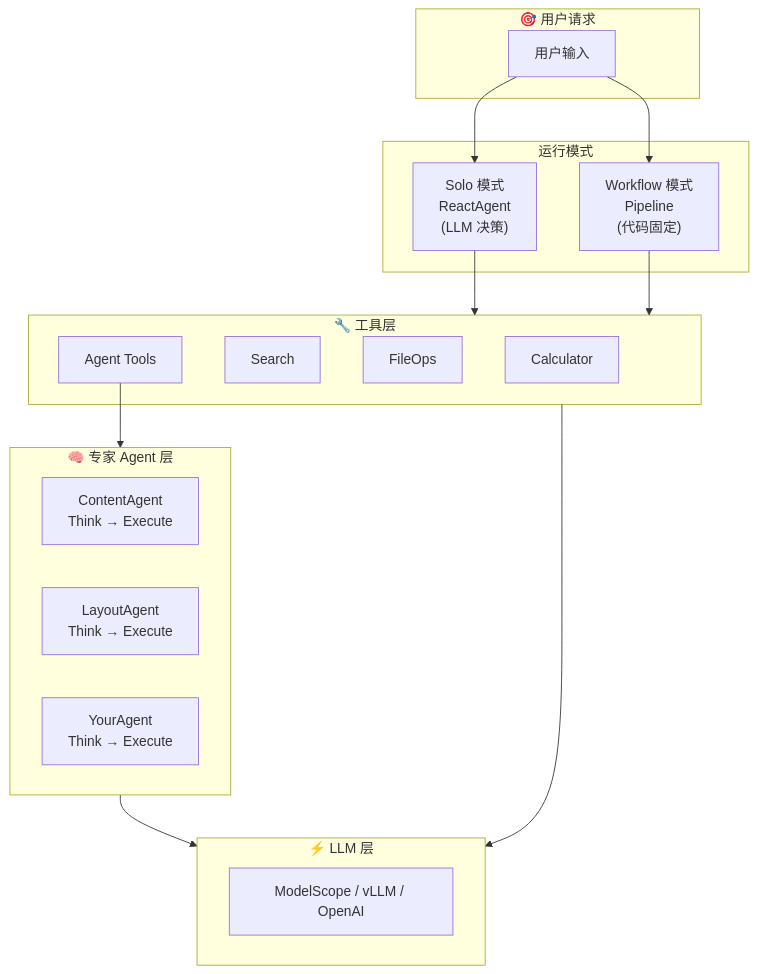
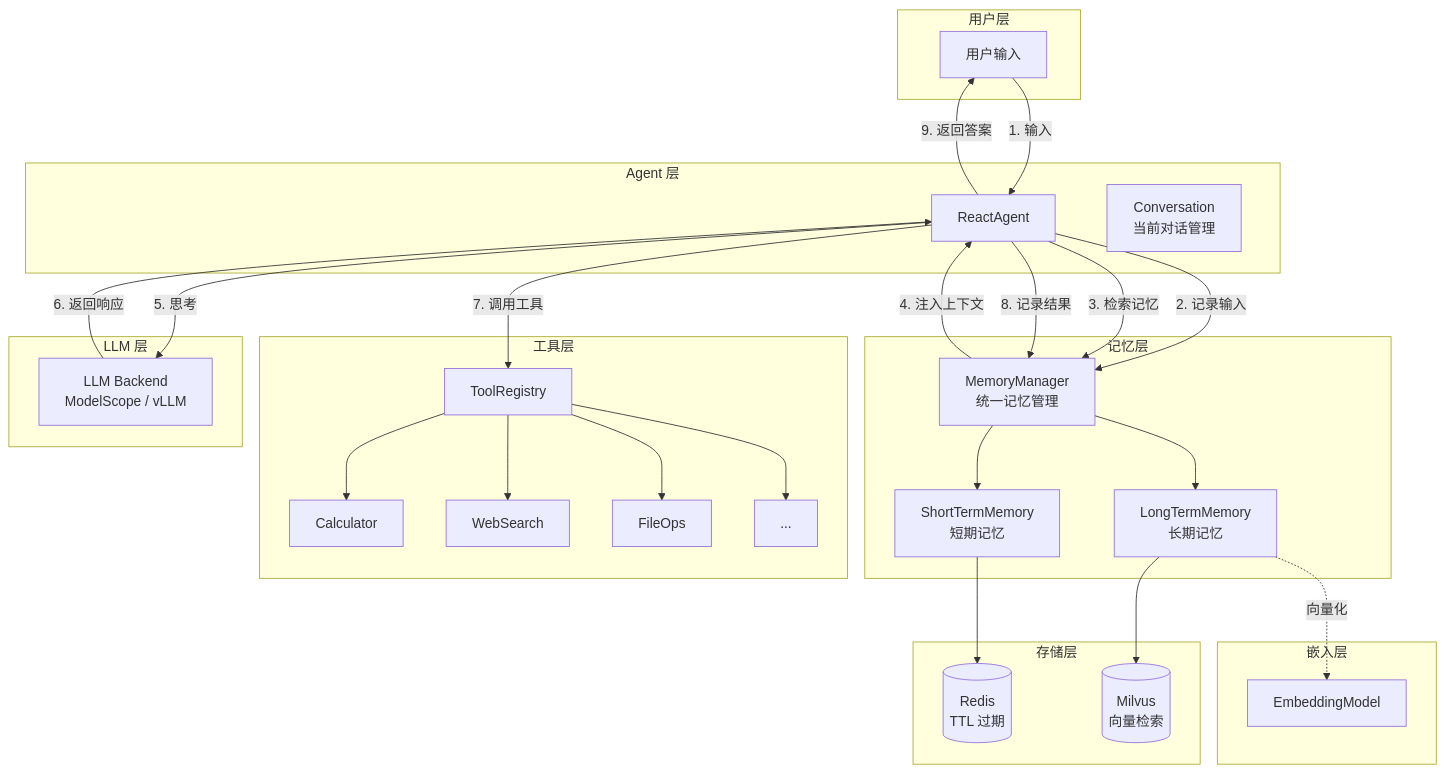
The first of 2 diagrams in README.md (Chan-Developer/ReAct_agent), drawn with Mermaid before and after one commit. The commit also changed other lines of this file and 15 other files, not shown here.

Commit message:
add webSearch and memory mechanism

````diff
--- a/README.md
+++ b/README.md
@@ -192,36 +242,58 @@
 ```mermaid
 flowchart TB
-    subgraph Input["🎯 用户请求"]
+    subgraph UserLayer [用户层]
         User[用户输入]
     end
 
-    subgraph Modes["运行模式"]
-        Solo["Solo 模式<br/>ReactAgent<br/>(LLM 决策)"]
-        Workflow["Workflow 模式<br/>Pipeline<br/>(代码固定)"]
+    subgraph AgentLayer [Agent 层]
+        ReactAgent[ReactAgent]
+        Conversation[Conversation<br/>当前对话管理]
     end
 
-    subgraph Tools["🔧 工具层"]
-        Calculator[Calculator]
-        Search[Search]
-        FileOps[FileOps]
-        AgentTools[Agent Tools]
+    subgraph MemoryLayer [记忆层]
+        MemoryManager[MemoryManager<br/>统一记忆管理]
+        ShortTerm[ShortTermMemory<br/>短期记忆]
+        LongTerm[LongTermMemory<br/>长期记忆]
     end
 
-    subgraph Agents["🧠 专家 Agent 层"]
-        Content["ContentAgent<br/>Think → Execute"]
-        Layout["LayoutAgent<br/>Think → Execute"]
-        Custom["YourAgent<br/>Think → Execute"]
+    subgraph StorageLayer [存储层]
+        Redis[(Redis<br/>TTL 过期)]
+        Milvus[(Milvus<br/>向量检索)]
     end
 
-    subgraph LLM["⚡ LLM 层"]
-        API["ModelScope / vLLM / OpenAI"]
+    subgraph ToolLayer [工具层]
+        ToolRegistry[ToolRegistry]
+        Calculator[Calculator]
+        WebSearch[WebSearch]
+        FileOps[FileOps]
+        OtherTools[...]
     end
 
-    User --> Solo
-    User --> Workflow
-    Solo --> Tools
-    Workflow --> Tools
-    AgentTools --> Agents
-    Agents --> LLM
-    Tools --> LLM
+    subgraph LLMLayer [LLM 层]
+        LLM[LLM Backend<br/>ModelScope / vLLM]
+    end
+
+    subgraph EmbeddingLayer [嵌入层]
+        Embedding[EmbeddingModel]
+    end
+
+    User -->|1. 输入| ReactAgent
+    ReactAgent -->|2. 记录输入| MemoryManager
+    ReactAgent -->|3. 检索记忆| MemoryManager
+    MemoryManager -->|4. 注入上下文| ReactAgent
+    ReactAgent -->|5. 思考| LLM
+    LLM -->|6. 返回响应| ReactAgent
+    ReactAgent -->|7. 调用工具| ToolRegistry
+    ToolRegistry --> Calculator
+    ToolRegistry --> WebSearch
+    ToolRegistry --> FileOps
+    ToolRegistry --> OtherTools
+    ReactAgent -->|8. 记录结果| MemoryManager
+    ReactAgent -->|9. 返回答案| User
+
+    MemoryManager --> ShortTerm
+    MemoryManager --> LongTerm
+    ShortTerm --> Redis
+    LongTerm --> Milvus
+    LongTerm -.->|向量化| Embedding
 ```
````
